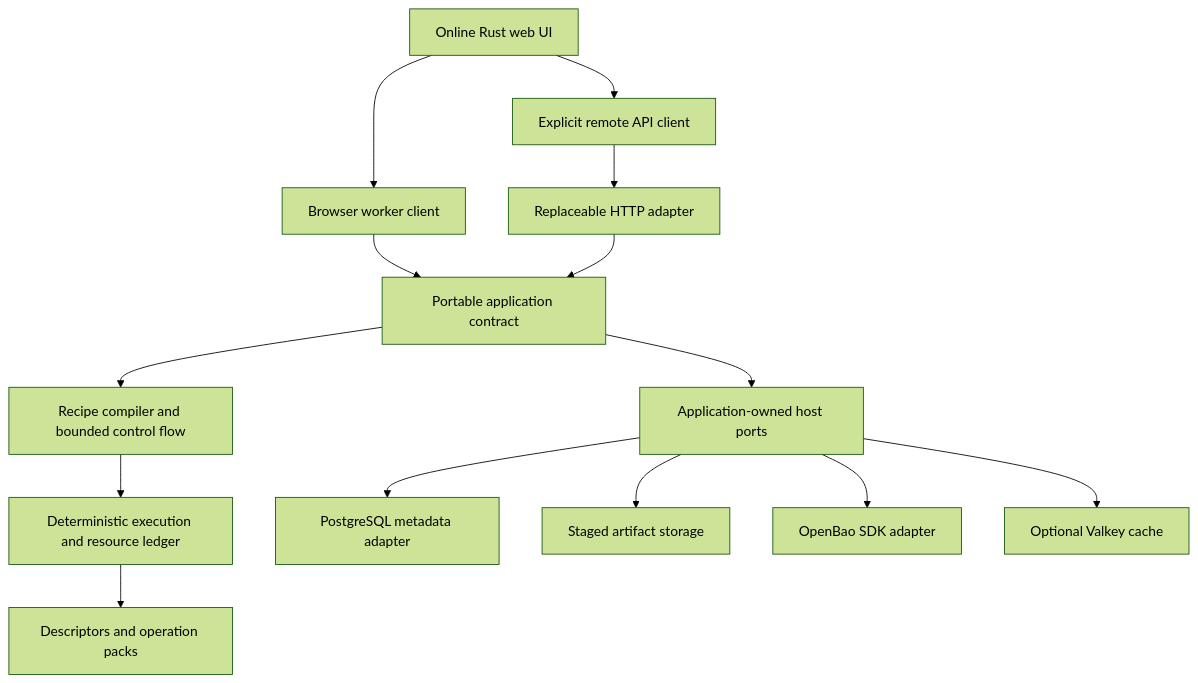
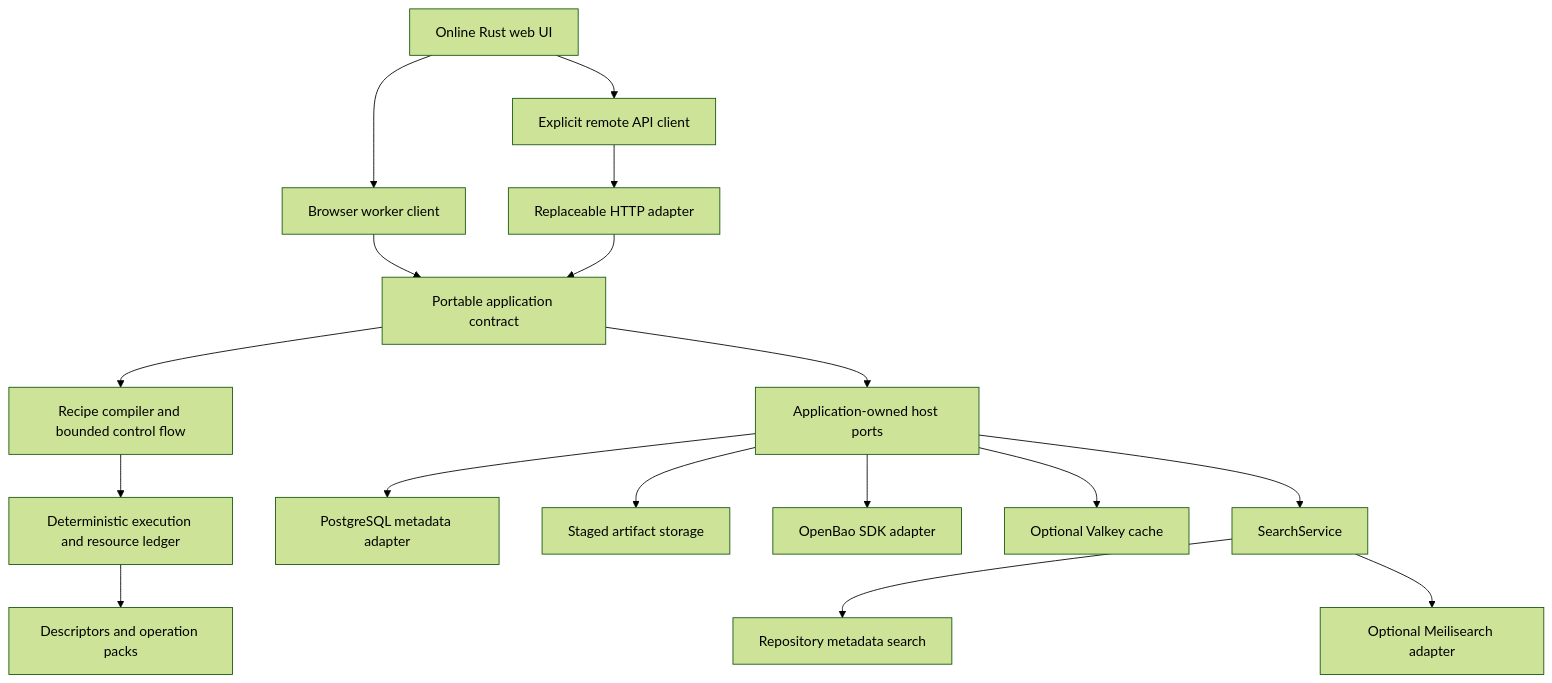
Before and after one commit to valkyoth/runasmidja: the diagram in docs/ARCHITECTURE.md, drawn with Mermaid (forest theme). The commit also changed other lines of this file and 51 other files, not shown here.

Commit message:
docs: plan optional search and OpenBao-sourced project secrets

````diff
--- a/docs/ARCHITECTURE.md
+++ b/docs/ARCHITECTURE.md
@@ -12,16 +12,19 @@
 ```mermaid
 flowchart TD
   UI[Online Rust web UI] --> Local[Browser worker client]
   UI --> Remote[Explicit remote API client]
   Local --> App[Portable application contract]
   Remote --> HTTP[Replaceable HTTP adapter]
   HTTP --> App
   App --> Recipe[Recipe compiler and bounded control flow]
   Recipe --> Engine[Deterministic execution and resource ledger]
   Engine --> Ops[Descriptors and operation packs]
   App --> Ports[Application-owned host ports]
   Ports --> PG[PostgreSQL metadata adapter]
   Ports --> Artifacts[Staged artifact storage]
   Ports --> Secrets[OpenBao SDK adapter]
   Ports --> Cache[Optional Valkey cache]
+  Ports --> Search[SearchService]
+  Search --> Repository[Repository metadata search]
+  Search --> Meili[Optional Meilisearch adapter]
 ```
````
